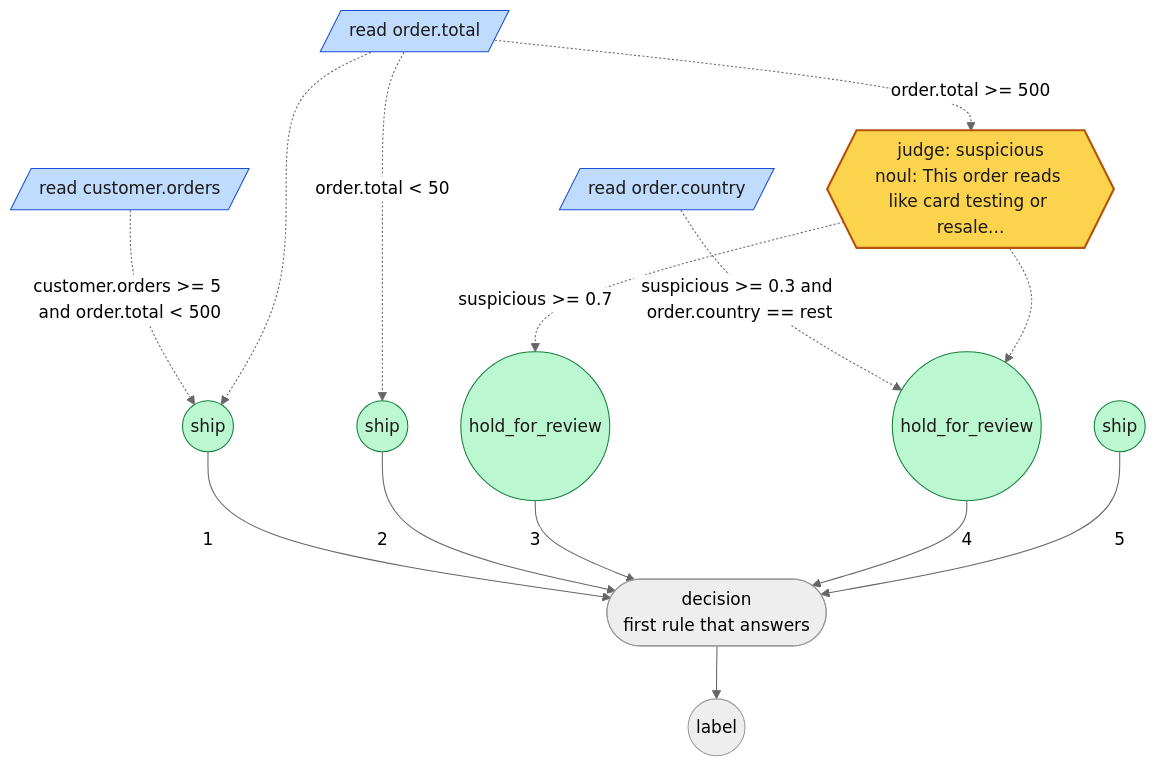
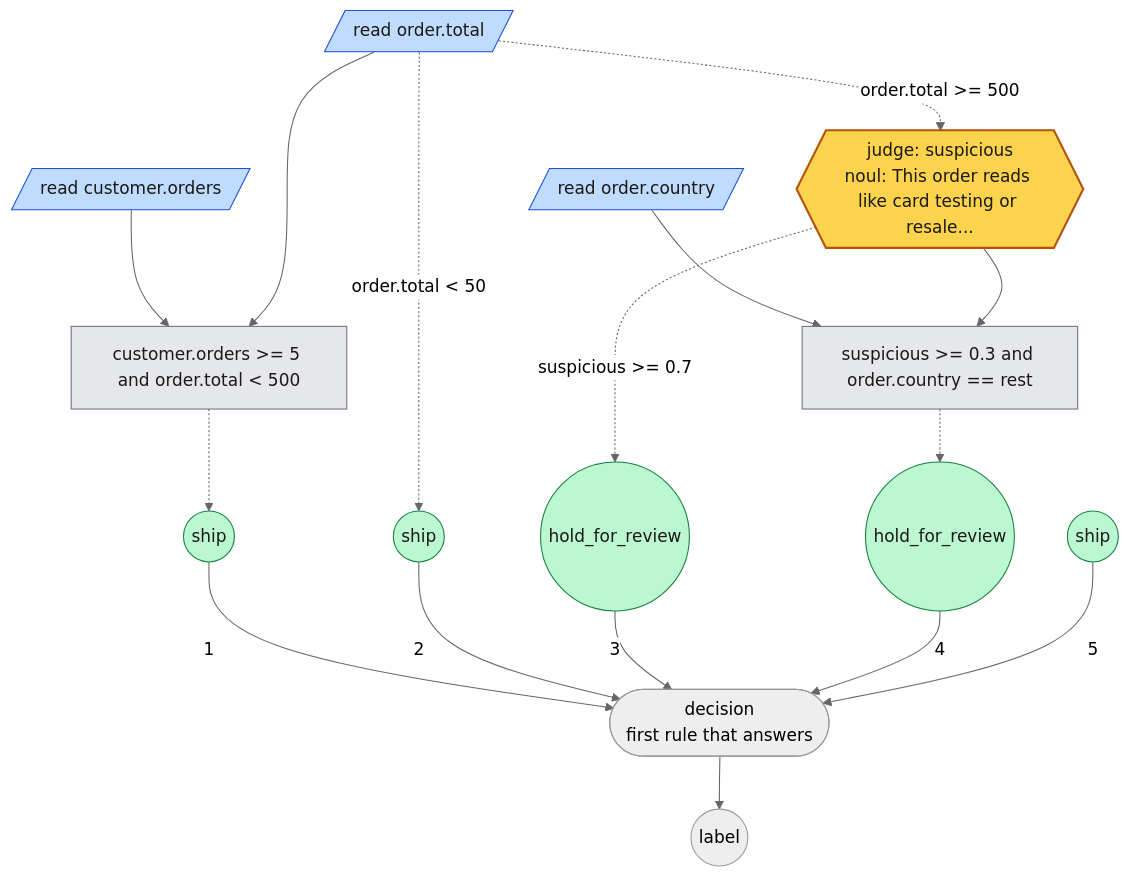
The sixth of 8 diagrams in README.md (MCERQUA/rulesmith), drawn with Mermaid (neutral theme) before and after one commit. The commit also changed other lines of this file and 2 other files, not shown here.

First line of the commit message:
Draw a condition over several values as a box fed by each of them

````diff
--- a/README.md
+++ b/README.md
@@ -728,33 +736,39 @@
 ```mermaid
 flowchart TD
     n0[/"read order.total"/]
     n1[/"read order.country"/]
     n2[/"read customer.orders"/]
     n3{{"judge: suspicious<br/>noul: This order reads like card testing or resale..."}}
     n4(("ship"))
     n5(("ship"))
     n6(("hold_for_review"))
     n7(("hold_for_review"))
     n8(("ship"))
     n9(["decision<br/>first rule that answers"])
     n0 -.->|"order.total >= 500"| n3
-    n2 -.->|"customer.orders >= 5 and order.total < 500"| n4
-    n0 -.-> n4
+    c0["customer.orders >= 5 and order.total < 500"]
+    n2 --> c0
+    n0 --> c0
+    c0 -.-> n4
     n0 -.->|"order.total < 50"| n5
     n3 -.->|"suspicious >= 0.7"| n6
-    n1 -.->|"suspicious >= 0.3 and order.country == rest"| n7
-    n3 -.-> n7
+    c1["suspicious >= 0.3 and order.country == rest"]
+    n1 --> c1
+    n3 --> c1
+    c1 -.-> n7
     n4 -->|"1"| n9
     n5 -->|"2"| n9
     n6 -->|"3"| n9
     n7 -->|"4"| n9
     n8 -->|"5"| n9
     o0(("label"))
     n9 --> o0
     classDef judge fill:#fcd34d,stroke:#b45309,stroke-width:2px,color:#1c1917
     class n3 judge
     classDef read fill:#bfdbfe,stroke:#1d4ed8,color:#1c1917
     class n0,n1,n2 read
     classDef rule fill:#bbf7d0,stroke:#15803d,color:#1c1917
     class n4,n5,n6,n7,n8 rule
+    classDef condition fill:#e5e7eb,stroke:#6b7280,color:#1c1917
+    class c0,c1 condition
 ```
````
